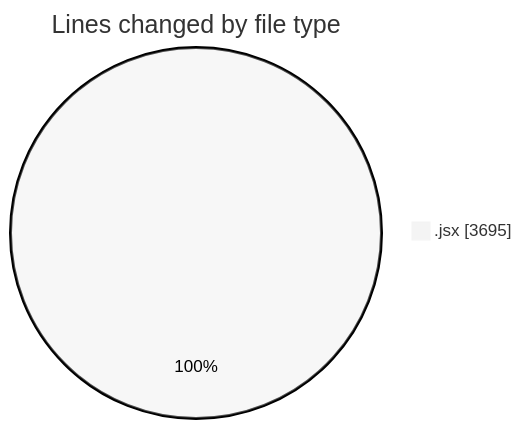
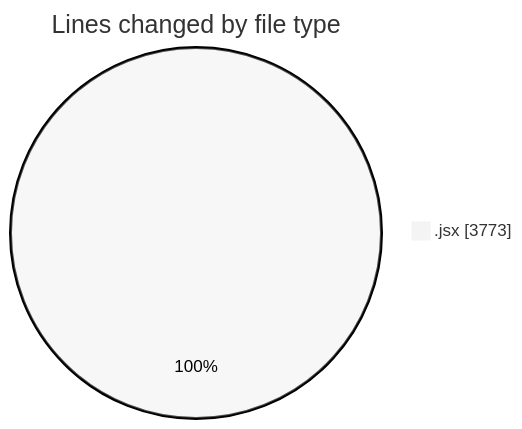
One commit to nxtqubesakshisongat/code-tracking changed the first of 2 diagrams in 2025-09-25/nxtqube_webapp/README.md. Above: the diagram before and after it, drawn with Mermaid (neutral theme). The commit also changed other lines of this file and 1 other file, not shown here.

````diff
--- a/2025-09-25/nxtqube_webapp/README.md
+++ b/2025-09-25/nxtqube_webapp/README.md
@@ -21,5 +21,5 @@
 ```mermaid
 pie showData
 title Lines changed by file type
-".jsx" : 3695
+".jsx" : 3773
 ```
````
